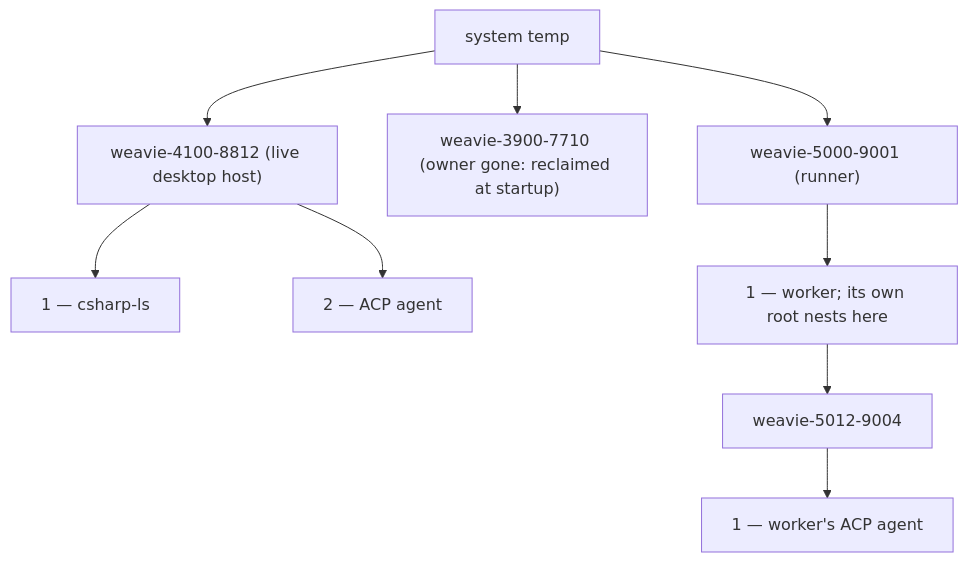
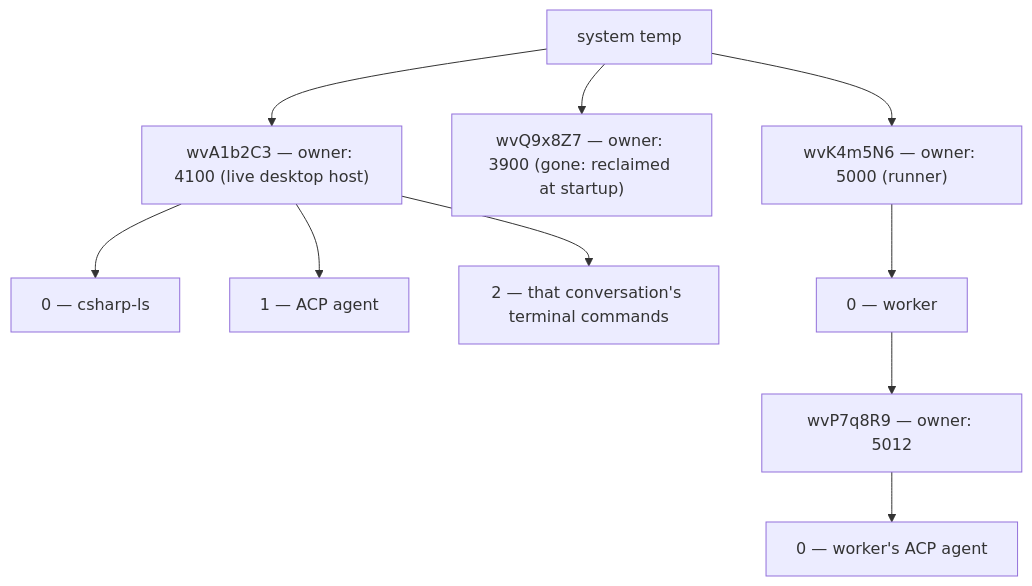
Before and after one commit to Kapps/weavie: the second of 2 diagrams in docs/specs/process-supervisor.md, drawn with Mermaid. The commit also changed other lines of this file and 12 other files, not shown here.

First line of the commit message:
Share an agent conversation's temp, harden the root, and fix the Wayland test's leak

````diff
--- a/docs/specs/process-supervisor.md
+++ b/docs/specs/process-supervisor.md
@@ -148,10 +157,10 @@
 ```mermaid
 flowchart TD
-  T["system temp"] --> R1["weavie-4100-8812 (live desktop host)"]
-  T --> R2["weavie-3900-7710 (owner gone: reclaimed at startup)"]
-  R1 --> C1["1 — csharp-ls"]
-  R1 --> C2["2 — ACP agent"]
-  T --> RR["weavie-5000-9001 (runner)"]
-  RR --> W["1 — worker; its own root nests here"]
-  W --> WR["weavie-5012-9004"] --> WC["1 — worker's ACP agent"]
+  T["system temp"] --> R1["wvA1b2C3 — owner: 4100 (live desktop host)"]
+  T --> R2["wvQ9x8Z7 — owner: 3900 (gone: reclaimed at startup)"]
+  R1 --> C1["0 — csharp-ls"]
+  R1 --> C2["1 — ACP agent"]
+  R1 --> C3["2 — that conversation's terminal commands"]
+  T --> RR["wvK4m5N6 — owner: 5000 (runner)"]
+  RR --> W["0 — worker"] --> WR["wvP7q8R9 — owner: 5012"] --> WC["0 — worker's ACP agent"]
 ```
````
